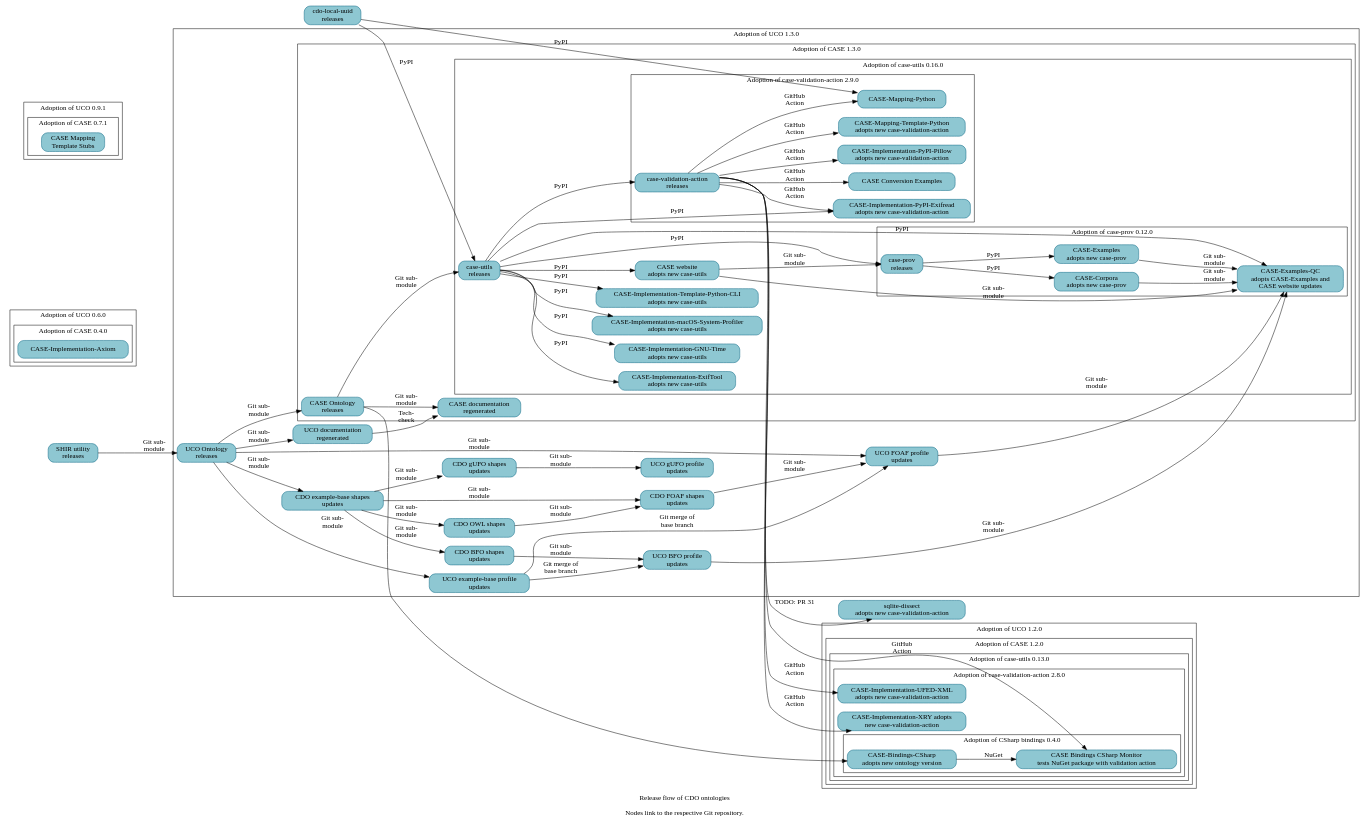
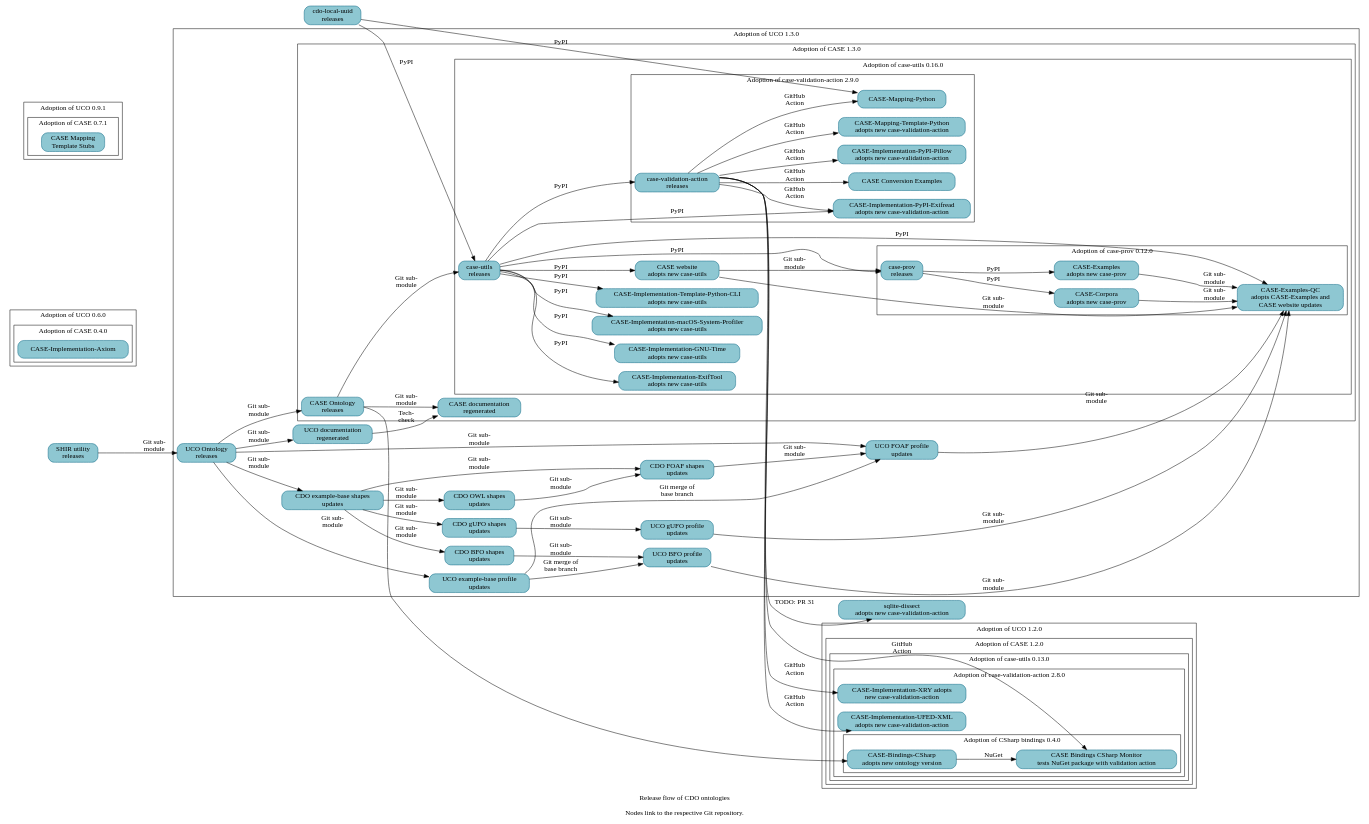
One commit to Cyber-Domain-Ontology/cdo.github.io changed the diagram in resources/project_release_flow.dot. Above: the diagram before and after it, drawn with Graphviz.

Commit message:
Note CASE-Examples-QC now uses UCO gUFO Profile
A follow-on patch will regenerate Make-managed files.

```diff
--- a/resources/project_release_flow.dot
+++ b/resources/project_release_flow.dot
@@ -1,162 +1,163 @@
 digraph "cdo_release_flow" {
   label = "Release flow of CDO ontologies\n\nNodes link to the respective Git repository." ;
   rankdir = "LR" ;
   node [shape="rectangle" style="filled,rounded" fillcolor="#8EC7D2" color="#0D6986"] ;
 
   // Define nodes in their corresponding progress subgraph.
 
   _GH__CYBER_DOMAIN_ONTOLOGY__CDO_UTILITY_LOCAL_UUID [URL="https://github.com/Cyber-Domain-Ontology/CDO-Utility-Local-UUID" label="cdo-local-uuid\nreleases"] ;
 
   subgraph cluster_uco_0_6_0 {
     label = "Adoption of UCO 0.6.0" ;
 
     subgraph cluster_case_0_4_0 {
       label = "Adoption of CASE 0.4.0" ;
       _GH__CASEWORK__CASE_IMPLEMENTATION_AXIOM [URL="https://github.com/casework/CASE-Implementation-Axiom" label="CASE-Implementation-Axiom"] ;
     }
   }
 
   subgraph cluster_uco_0_9_1 {
     label = "Adoption of UCO 0.9.1" ;
 
     subgraph cluster_case_0_7_1 {
       label = "Adoption of CASE 0.7.1" ;
       _GH__CASEWORK__CASE_MAPPING_TEMPLATE_STUBS [URL="https://github.com/casework/CASE-Mapping-Template-Stubs" label="CASE Mapping\nTemplate Stubs"] ;
     }
   }
 
   subgraph cluster_uco_1_2_0 {
     label = "Adoption of UCO 1.2.0" ;
 
     subgraph cluster_case_1_2_0 {
       label = "Adoption of CASE 1.2.0" ;
 
       subgraph cluster_case_utils_0_13_0 {
         label = "Adoption of case-utils 0.13.0" ;
 
         subgraph cluster_case_validation_action_2_8_0 {
           label = "Adoption of case-validation-action 2.8.0" ;
 
           _GH__CASEWORK__CASE_IMPLEMENTATION_UFED_XML [URL="https://github.com/casework/CASE-Implementation-UFED-XML" label="CASE-Implementation-UFED-XML\nadopts new case-validation-action"] ;
           _GH__CASEWORK__CASE_IMPLEMENTATION_XRY [URL="https://github.com/casework/CASE-Implementation-XRY" label="CASE-Implementation-XRY adopts\nnew case-validation-action"] ;
 
           subgraph cluster_case_bindings_csharp_0_4_0 {
             label = "Adoption of CSharp bindings 0.4.0" ;
 
             _GH__CASEWORK__CASE_BINDINGS_CSHARP_MONITOR [URL="https://github.com/casework/CASE-Bindings-CSharp-Monitor" label="CASE Bindings CSharp Monitor\ntests NuGet package with validation action"] ;
             _GH__CIPHERTECHSOLUTIONS__CASE_BINDINGS_CSHARP [URL="https://github.com/ciphertechsolutions/CASE-Bindings-CSharp" label="CASE-Bindings-CSharp\nadopts new ontology version"] ;
           }
         }
       }
     }
   }
 
   subgraph cluster_uco_1_3_0 {
     label = "Adoption of UCO 1.3.0" ;
 
     _GH__CYBER_DOMAIN_ONTOLOGY__CDO_SHAPES_BFO [URL="https://github.com/Cyber-Domain-Ontology/CDO-Shapes-BFO" label="CDO BFO shapes\nupdates"] ;
     _GH__CYBER_DOMAIN_ONTOLOGY__CDO_SHAPES_EXAMPLE [URL="https://github.com/Cyber-Domain-Ontology/CDO-Shapes-Example" label="CDO example-base shapes\nupdates"] ;
     _GH__CYBER_DOMAIN_ONTOLOGY__CDO_SHAPES_FOAF [URL="https://github.com/Cyber-Domain-Ontology/CDO-Shapes-FOAF" label="CDO FOAF shapes\nupdates"] ;
     _GH__CYBER_DOMAIN_ONTOLOGY__CDO_SHAPES_GUFO [URL="https://github.com/Cyber-Domain-Ontology/CDO-Shapes-gufo" label="CDO gUFO shapes\nupdates"] ;
     _GH__CYBER_DOMAIN_ONTOLOGY__CDO_SHAPES_OWL [URL="https://github.com/Cyber-Domain-Ontology/CDO-Shapes-OWL" label="CDO OWL shapes\nupdates"] ;
     _GH__UCOPROJECT__ONTOLOGY_UNIFIEDCYBERONTOLOGY_ORG [URL="https://github.com/ucoProject/ontology.unifiedcyberontology.org" label="UCO documentation\nregenerated"] ;
     _GH__UCOPROJECT__UCO [URL="https://github.com/ucoProject/UCO" label="UCO Ontology\nreleases"] ;
     _GH__UCOPROJECT__UCO_PROFILE_BFO [URL="https://github.com/ucoProject/UCO-Profile-BFO" label="UCO BFO profile\nupdates"] ;
     _GH__UCOPROJECT__UCO_PROFILE_EXAMPLE [URL="https://github.com/ucoProject/UCO-Profile-Example" label="UCO example-base profile\nupdates"] ;
     _GH__UCOPROJECT__UCO_PROFILE_FOAF [URL="https://github.com/ucoProject/UCO-Profile-FOAF" label="UCO FOAF profile\nupdates"] ;
     _GH__UCOPROJECT__UCO_PROFILE_GUFO [URL="https://github.com/ucoProject/UCO-Profile-gufo" label="UCO gUFO profile\nupdates"] ;
 
     subgraph cluster_case_1_2_0 {
       label = "Adoption of CASE 1.3.0" ;
 
       _GH__CASEWORK__CASE [URL="https://github.com/casework/CASE" label="CASE Ontology\nreleases"] ;
       _GH__CASEWORK__ONTOLOGY_CASEONTOLOGY_ORG [URL="https://github.com/casework/ontology.caseontology.org" label="CASE documentation\nregenerated"] ;
 
       subgraph cluster_case_utils_0_16_0 {
         label = "Adoption of case-utils 0.16.0" ;
 
         _GH__CASEWORK__CASE_IMPLEMENTATION_EXIFTOOL [URL="https://github.com/casework/CASE-Implementation-ExifTool" label="CASE-Implementation-ExifTool\nadopts new case-utils"] ;
         _GH__CASEWORK__CASE_IMPLEMENTATION_GNU_TIME [URL="https://github.com/casework/CASE-Implementation-GNU-Time" label="CASE-Implementation-GNU-Time\nadopts new case-utils"] ;
         _GH__CASEWORK__CASE_IMPLEMENTATION_MACOS_SYSTEM_PROFILER [URL="https://github.com/casework/CASE-Implementation-macOS-System-Profiler" label="CASE-Implementation-macOS-System-Profiler\nadopts new case-utils"] ;
         _GH__CASEWORK__CASE_IMPLEMENTATION_TEMPLATE_PYTHON_CLI [URL="https://github.com/casework/CASE-Implementation-Template-Python-CLI" label="CASE-Implementation-Template-Python-CLI\nadopts new case-utils"]
         _GH__CASEWORK__CASE_UTILITIES_PYTHON [URL="https://github.com/casework/CASE-Utilities-Python" label="case-utils\nreleases"] ;
         _GH__CASEWORK__CASEWORK_GITHUB_IO [URL="https://github.com/casework/casework.github.io" label="CASE website\nadopts new case-utils"] ;
 
         subgraph cluster_case_prov_0_12_0 {
           label = "Adoption of case-prov 0.12.0" ;
 
           _GH__AJNELSON_NIST__CASE_EXAMPLES_QC [URL="https://github.com/ajnelson-nist/CASE-Examples-QC" label="CASE-Examples-QC\nadopts CASE-Examples and\nCASE website updates"] ;
           _GH__CASEWORK__CASE_CORPORA [URL="https://github.com/casework/CASE-Corpora" label="CASE-Corpora\nadopts new case-prov"] ;
           _GH__CASEWORK__CASE_EXAMPLES [URL="https://github.com/casework/CASE-Examples" label="CASE-Examples\nadopts new case-prov"] ;
           _GH__CASEWORK__CASE_IMPLEMENTATION_PROV_O [URL="https://github.com/casework/CASE-Implementation-PROV-O" label="case-prov\nreleases"] ;
         }
 
         subgraph cluster_case_validation_action_2_9_0 {
           label = "Adoption of case-validation-action 2.9.0" ;
 
           _GH__CASEWORK__CASE_EXAMPLES_CONVERSION [URL="https://github.com/casework/CASE-Examples-Conversion" label="CASE Conversion Examples"] ;
           _GH__CASEWORK__CASE_IMPLEMENTATION_PYPI_EXIFREAD [URL="https://github.com/casework/CASE-Implementation-PyPI-Exifread" label="CASE-Implementation-PyPI-Exifread\nadopts new case-validation-action"] ;
           _GH__CASEWORK__CASE_IMPLEMENTATION_PYPI_PILLOW [URL="https://github.com/casework/CASE-Implementation-PyPI-Pillow" label="CASE-Implementation-PyPI-Pillow\nadopts new case-validation-action"] ;
           _GH__CASEWORK__CASE_MAPPING_PYTHON [URL="https://github.com/casework/CASE-Mapping-Python/" label="CASE-Mapping-Python"] ;
           _GH__CASEWORK__CASE_MAPPING_TEMPLATE_PYTHON [URL="https://github.com/casework/CASE-Mapping-Template-Python" label="CASE-Mapping-Template-Python\nadopts new case-validation-action"] ;
           _GH__KCHASON__CASE_VALIDATION_ACTION [URL="https://github.com/kchason/case-validation-action" label="case-validation-action\nreleases"] ;
         }
       }
     }
   }
 
   _GH__CASEWORK__CASE_UTILITY_SHACL_INHERITANCE_REVIEWER [URL="https://github.com/casework/CASE-Utility-SHACL-Inheritance-Reviewer" label="SHIR utility\nreleases"] ;
   _GH__DOD_CYBER_CRIME_CENTER__SQLITE_DISSECT [URL="https://github.com/dod-cyber-crime-center/sqlite-dissect" label="sqlite-dissect\nadopts new case-validation-action"] ;
 
   // Begin edges
 
   _GH__CASEWORK__CASEWORK_GITHUB_IO -> _GH__CASEWORK__CASE_IMPLEMENTATION_PROV_O [label="Git sub-\nmodule"] ;
   _GH__CASEWORK__CASE_CORPORA -> _GH__AJNELSON_NIST__CASE_EXAMPLES_QC [label="Git sub-\nmodule"] ;
   _GH__CASEWORK__CASE -> _GH__CASEWORK__CASE_UTILITIES_PYTHON [label="Git sub-\nmodule"] ;
   _GH__CASEWORK__CASE -> _GH__CIPHERTECHSOLUTIONS__CASE_BINDINGS_CSHARP ;
   _GH__CASEWORK__CASE -> _GH__CASEWORK__ONTOLOGY_CASEONTOLOGY_ORG [label="Git sub-\nmodule"] ; 
   _GH__CASEWORK__CASE_EXAMPLES -> _GH__AJNELSON_NIST__CASE_EXAMPLES_QC [label="Git sub-\nmodule"] ;
   _GH__CASEWORK__CASE_IMPLEMENTATION_PROV_O -> _GH__CASEWORK__CASE_CORPORA [label="PyPI"] ;
   _GH__CASEWORK__CASE_IMPLEMENTATION_PROV_O -> _GH__CASEWORK__CASE_EXAMPLES [label="PyPI"] ;
   _GH__CASEWORK__CASE_UTILITIES_PYTHON -> _GH__AJNELSON_NIST__CASE_EXAMPLES_QC [label="PyPI"] ;
   _GH__CASEWORK__CASE_UTILITIES_PYTHON -> _GH__CASEWORK__CASE_IMPLEMENTATION_EXIFTOOL [label="PyPI"] ;
   _GH__CASEWORK__CASE_UTILITIES_PYTHON -> _GH__CASEWORK__CASE_IMPLEMENTATION_GNU_TIME [label="PyPI"] ;
   _GH__CASEWORK__CASE_UTILITIES_PYTHON -> _GH__CASEWORK__CASE_IMPLEMENTATION_MACOS_SYSTEM_PROFILER [label="PyPI"] ;
   _GH__CASEWORK__CASE_UTILITIES_PYTHON -> _GH__CASEWORK__CASE_IMPLEMENTATION_PROV_O [label="PyPI"] ;
   _GH__CASEWORK__CASE_UTILITIES_PYTHON -> _GH__CASEWORK__CASE_IMPLEMENTATION_PYPI_EXIFREAD [label="PyPI"] ;
   _GH__CASEWORK__CASE_UTILITIES_PYTHON -> _GH__CASEWORK__CASE_IMPLEMENTATION_TEMPLATE_PYTHON_CLI [label="PyPI"];
   _GH__CASEWORK__CASE_UTILITIES_PYTHON -> _GH__KCHASON__CASE_VALIDATION_ACTION [label="PyPI"] ;
   _GH__CASEWORK__CASE_UTILITIES_PYTHON -> _GH__CASEWORK__CASEWORK_GITHUB_IO [label="PyPI"] ;
   _GH__CASEWORK__CASE_UTILITY_SHACL_INHERITANCE_REVIEWER -> _GH__UCOPROJECT__UCO [label="Git sub-\nmodule"] ;
   _GH__CASEWORK__CASEWORK_GITHUB_IO -> _GH__AJNELSON_NIST__CASE_EXAMPLES_QC [label="Git sub-\nmodule"] ;
   _GH__CIPHERTECHSOLUTIONS__CASE_BINDINGS_CSHARP -> _GH__CASEWORK__CASE_BINDINGS_CSHARP_MONITOR [label="NuGet"] ;
   _GH__CYBER_DOMAIN_ONTOLOGY__CDO_UTILITY_LOCAL_UUID -> _GH__CASEWORK__CASE_MAPPING_PYTHON [label="PyPI"] ;
   _GH__CYBER_DOMAIN_ONTOLOGY__CDO_UTILITY_LOCAL_UUID -> _GH__CASEWORK__CASE_UTILITIES_PYTHON [label="PyPI"] ;
   _GH__CYBER_DOMAIN_ONTOLOGY__CDO_SHAPES_BFO -> _GH__UCOPROJECT__UCO_PROFILE_BFO [label="Git sub-\nmodule"] ;
   _GH__CYBER_DOMAIN_ONTOLOGY__CDO_SHAPES_EXAMPLE -> _GH__CYBER_DOMAIN_ONTOLOGY__CDO_SHAPES_BFO [label="Git sub-\nmodule"] ;
   _GH__CYBER_DOMAIN_ONTOLOGY__CDO_SHAPES_EXAMPLE -> _GH__CYBER_DOMAIN_ONTOLOGY__CDO_SHAPES_FOAF [label="Git sub-\nmodule"] ;
   _GH__CYBER_DOMAIN_ONTOLOGY__CDO_SHAPES_EXAMPLE -> _GH__CYBER_DOMAIN_ONTOLOGY__CDO_SHAPES_GUFO [label="Git sub-\nmodule"] ;
   _GH__CYBER_DOMAIN_ONTOLOGY__CDO_SHAPES_EXAMPLE -> _GH__CYBER_DOMAIN_ONTOLOGY__CDO_SHAPES_OWL [label="Git sub-\nmodule"] ;
   _GH__CYBER_DOMAIN_ONTOLOGY__CDO_SHAPES_FOAF -> _GH__UCOPROJECT__UCO_PROFILE_FOAF [label="Git sub-\nmodule"] ;
   _GH__CYBER_DOMAIN_ONTOLOGY__CDO_SHAPES_GUFO -> _GH__UCOPROJECT__UCO_PROFILE_GUFO [label="Git sub-\nmodule"] ;
   _GH__CYBER_DOMAIN_ONTOLOGY__CDO_SHAPES_OWL -> _GH__CYBER_DOMAIN_ONTOLOGY__CDO_SHAPES_FOAF [label="Git sub-\nmodule"] ;
   _GH__KCHASON__CASE_VALIDATION_ACTION -> _GH__CASEWORK__CASE_BINDINGS_CSHARP_MONITOR [label="GitHub\nAction"] ;
   _GH__KCHASON__CASE_VALIDATION_ACTION -> _GH__CASEWORK__CASE_EXAMPLES_CONVERSION [label="GitHub\nAction"];
   _GH__KCHASON__CASE_VALIDATION_ACTION -> _GH__CASEWORK__CASE_IMPLEMENTATION_PYPI_EXIFREAD [label="GitHub\nAction"] ;
   _GH__KCHASON__CASE_VALIDATION_ACTION -> _GH__CASEWORK__CASE_IMPLEMENTATION_PYPI_PILLOW [label="GitHub\nAction"] ;
   _GH__KCHASON__CASE_VALIDATION_ACTION -> _GH__CASEWORK__CASE_IMPLEMENTATION_UFED_XML [label="GitHub\nAction"] ;
   _GH__KCHASON__CASE_VALIDATION_ACTION -> _GH__CASEWORK__CASE_IMPLEMENTATION_XRY [label="GitHub\nAction"] ;
   _GH__KCHASON__CASE_VALIDATION_ACTION -> _GH__CASEWORK__CASE_MAPPING_PYTHON [label="GitHub\nAction"] ;
   _GH__KCHASON__CASE_VALIDATION_ACTION -> _GH__CASEWORK__CASE_MAPPING_TEMPLATE_PYTHON [label="GitHub\nAction"] ;
   _GH__KCHASON__CASE_VALIDATION_ACTION -> _GH__DOD_CYBER_CRIME_CENTER__SQLITE_DISSECT [URL="https://github.com/dod-cyber-crime-center/sqlite-dissect/pull/31" label="TODO: PR 31"] ;
   _GH__UCOPROJECT__ONTOLOGY_UNIFIEDCYBERONTOLOGY_ORG -> _GH__CASEWORK__ONTOLOGY_CASEONTOLOGY_ORG [label="Tech-\ncheck"];
   _GH__UCOPROJECT__UCO -> _GH__CASEWORK__CASE [label="Git sub-\nmodule"] ;
   _GH__UCOPROJECT__UCO -> _GH__CYBER_DOMAIN_ONTOLOGY__CDO_SHAPES_EXAMPLE [label="Git sub-\nmodule"] ;
   _GH__UCOPROJECT__UCO -> _GH__UCOPROJECT__ONTOLOGY_UNIFIEDCYBERONTOLOGY_ORG [label="Git sub-\nmodule"] ;
   _GH__UCOPROJECT__UCO -> _GH__UCOPROJECT__UCO_PROFILE_EXAMPLE [label="Git sub-\nmodule"] ;
   _GH__UCOPROJECT__UCO -> _GH__UCOPROJECT__UCO_PROFILE_FOAF [label="Git sub-\nmodule"] ;
   _GH__UCOPROJECT__UCO_PROFILE_BFO -> _GH__AJNELSON_NIST__CASE_EXAMPLES_QC [label="Git sub-\nmodule"] ;
   _GH__UCOPROJECT__UCO_PROFILE_EXAMPLE -> _GH__UCOPROJECT__UCO_PROFILE_BFO [label="Git merge of\nbase branch"] ;
   _GH__UCOPROJECT__UCO_PROFILE_EXAMPLE -> _GH__UCOPROJECT__UCO_PROFILE_FOAF [label="Git merge of\nbase branch"] ;
   _GH__UCOPROJECT__UCO_PROFILE_FOAF -> _GH__AJNELSON_NIST__CASE_EXAMPLES_QC [label="Git sub-\nmodule"] ;
+  _GH__UCOPROJECT__UCO_PROFILE_GUFO -> _GH__AJNELSON_NIST__CASE_EXAMPLES_QC [label="Git sub-\nmodule"] ;
 }
```
